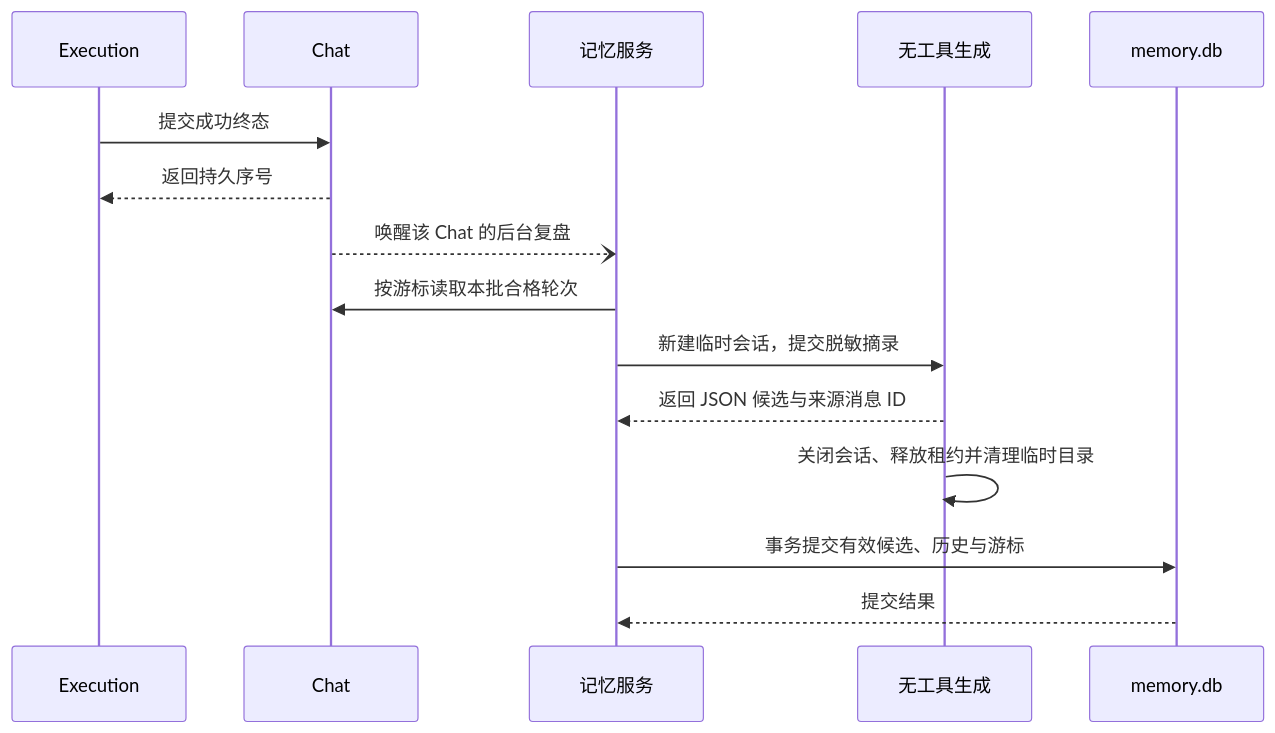
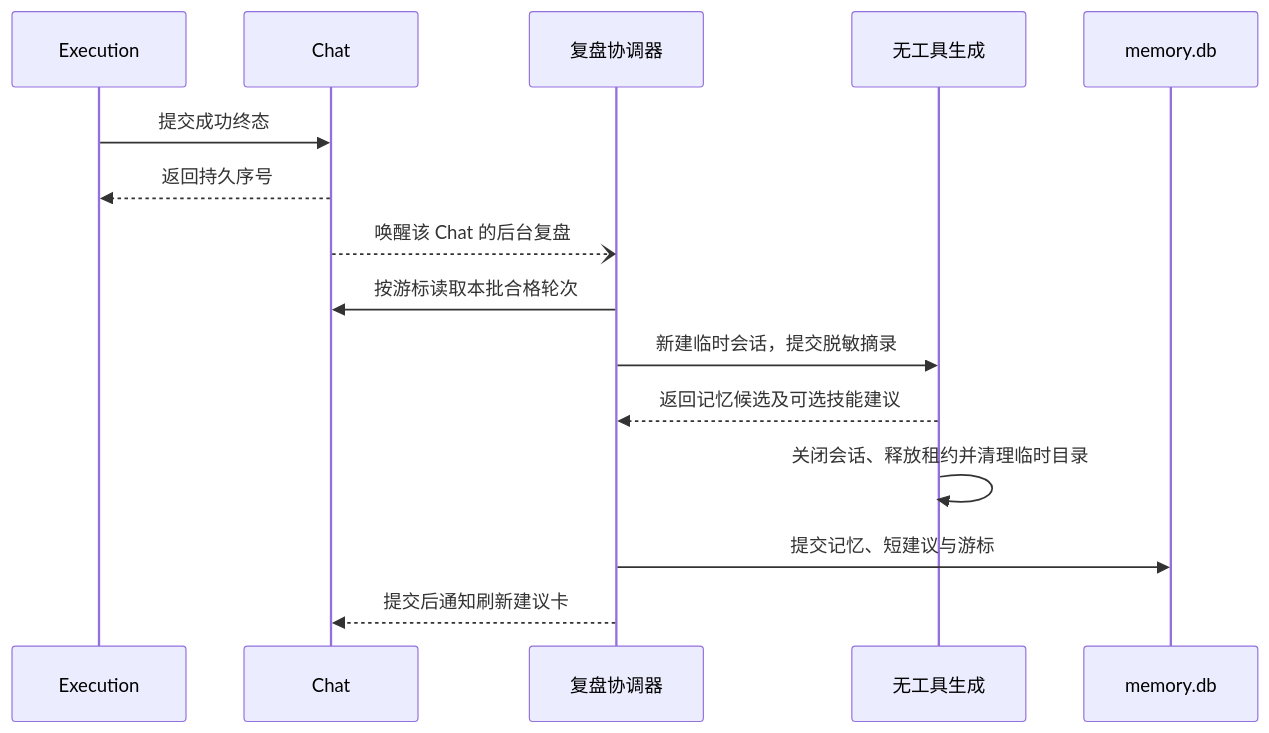
One commit to JieWaZi/NeuxBot changed the first of 2 diagrams in docs/superpowers/specs/2026-11-18-partner-memory-design.md. Above: the diagram before and after it, drawn with Mermaid. The commit also changed other lines of this file and 106 other files, not shown here.

````diff
--- a/docs/superpowers/specs/2026-11-18-partner-memory-design.md
+++ b/docs/superpowers/specs/2026-11-18-partner-memory-design.md
@@ -47,18 +46,18 @@
 ```mermaid
 sequenceDiagram
     participant E as Execution
     participant C as Chat
-    participant M as 记忆服务
+    participant M as 复盘协调器
     participant R as 无工具生成
     participant D as memory.db
 
     E->>C: 提交成功终态
     C-->>E: 返回持久序号
     C--)M: 唤醒该 Chat 的后台复盘
     M->>C: 按游标读取本批合格轮次
     M->>R: 新建临时会话，提交脱敏摘录
-    R-->>M: 返回 JSON 候选与来源消息 ID
+    R-->>M: 返回记忆候选及可选技能建议
     R->>R: 关闭会话、释放租约并清理临时目录
-    M->>D: 事务提交有效候选、历史与游标
-    D-->>M: 提交结果
+    M->>D: 提交记忆、短建议与游标
+    M-->>C: 提交后通知刷新建议卡
 ```
````
